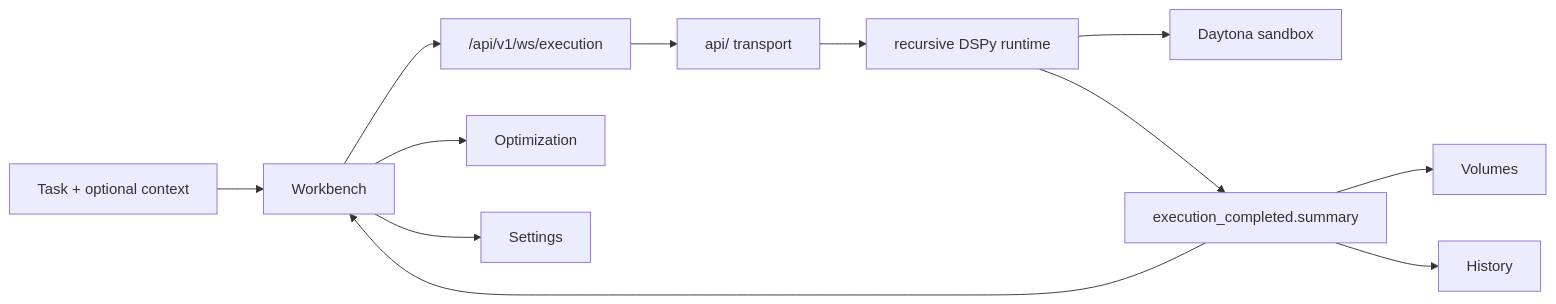
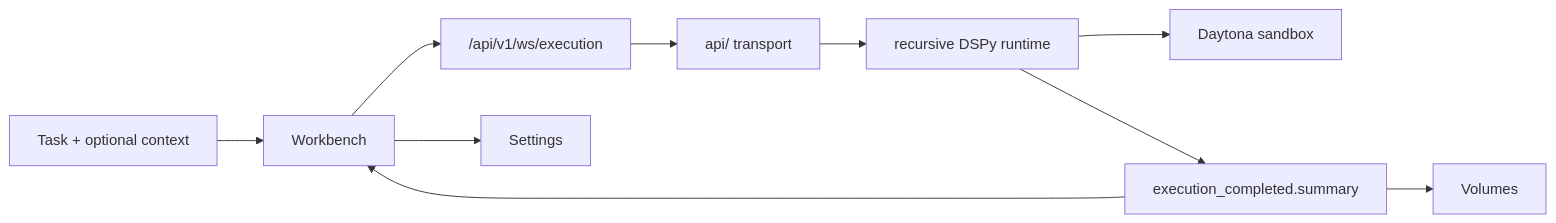
One commit to Qredence/fleet-rlm changed the diagram in docs/explanation/product-spec.md. Above: the diagram before and after it, drawn with Mermaid. The commit also changed other lines of this file and 143 other files, not shown here.

````diff
--- a/docs/explanation/product-spec.md
+++ b/docs/explanation/product-spec.md
@@ -227,14 +206,12 @@
 ```mermaid
 flowchart LR
   User["Task + optional context"] --> Workbench["Workbench"]
   Workbench --> WS["/api/v1/ws/execution"]
   WS --> Transport["api/ transport"]
   Transport --> Runtime["recursive DSPy runtime"]
   Runtime --> Daytona["Daytona sandbox"]
   Runtime --> Summary["execution_completed.summary"]
   Summary --> Workbench
   Summary --> Volumes["Volumes"]
-  Summary --> History["History"]
-  Workbench --> Optimize["Optimization"]
   Workbench --> Settings["Settings"]
 ```
````
